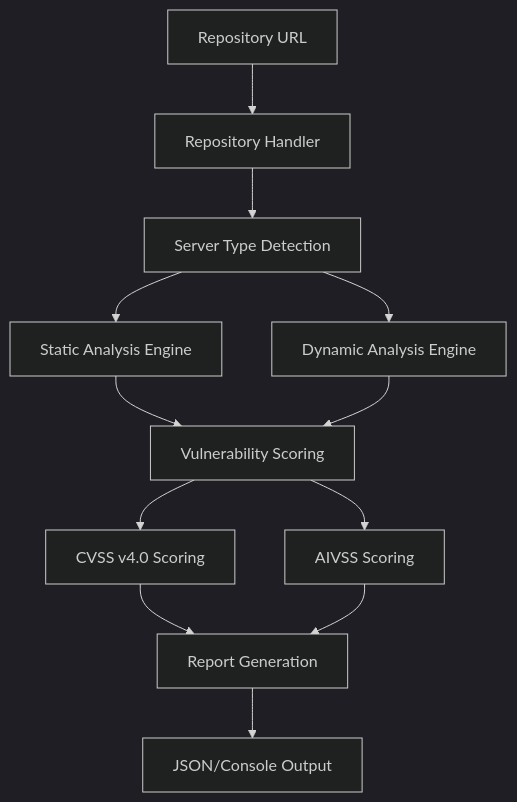
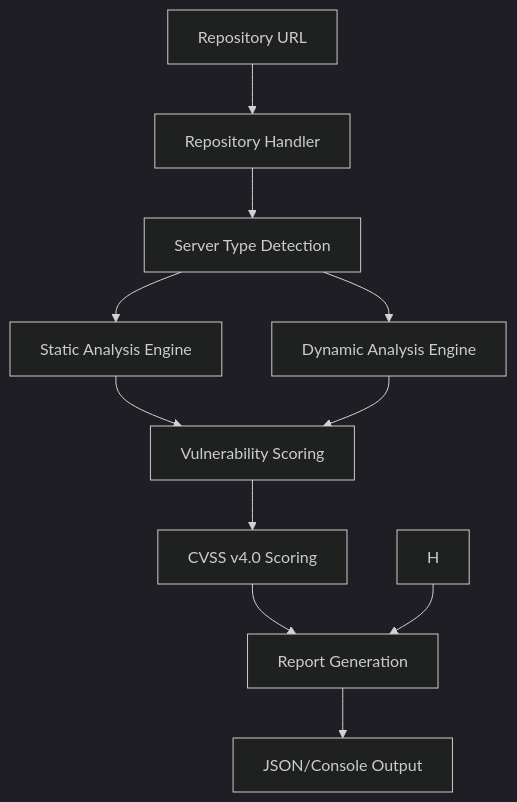
One commit to SaravanaGuhan/mcp-guard changed the diagram in README.md. Above: the diagram before and after it, drawn with Mermaid (dark theme). The commit also changed other lines of this file and 1 other file, not shown here.

````diff
--- a/README.md
+++ b/README.md
@@ -168,14 +165,13 @@
 ```mermaid
 graph TB
     A[Repository URL] --> B[Repository Handler]
     B --> C[Server Type Detection]
     C --> D[Static Analysis Engine]
     C --> E[Dynamic Analysis Engine]
     D --> F[Vulnerability Scoring]
     E --> F
     F --> G[CVSS v4.0 Scoring]
-    F --> H[AIVSS Scoring]
     G --> I[Report Generation]
     H --> I
     I --> J[JSON/Console Output]
 ```
````
